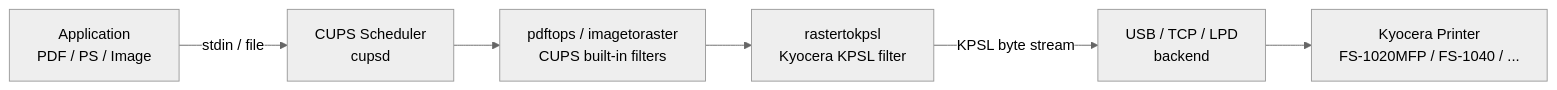
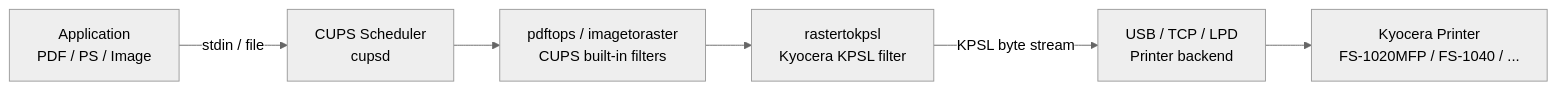
Before and after one commit to e-gleba/kyocera-drivers: the first of 2 diagrams in readme.md, drawn with Mermaid (neutral theme). The commit also changed other lines of this file, not shown here.

````diff
--- a/readme.md
+++ b/readme.md
@@ -193,8 +162,8 @@
 ```mermaid
 flowchart LR
     A[Application<br>PDF / PS / Image] -->|stdin / file| B[CUPS Scheduler<br>cupsd]
     B --> C[pdftops / imagetoraster<br>CUPS built-in filters]
     C --> D[rastertokpsl<br>Kyocera KPSL filter]
-    D -->|KPSL byte stream| E[USB / TCP / LPD<br>backend]
+    D -->|KPSL byte stream| E[USB / TCP / LPD<br>Printer backend]
     E --> F[Kyocera Printer<br>FS-1020MFP / FS-1040 / ...]
 ```
````
